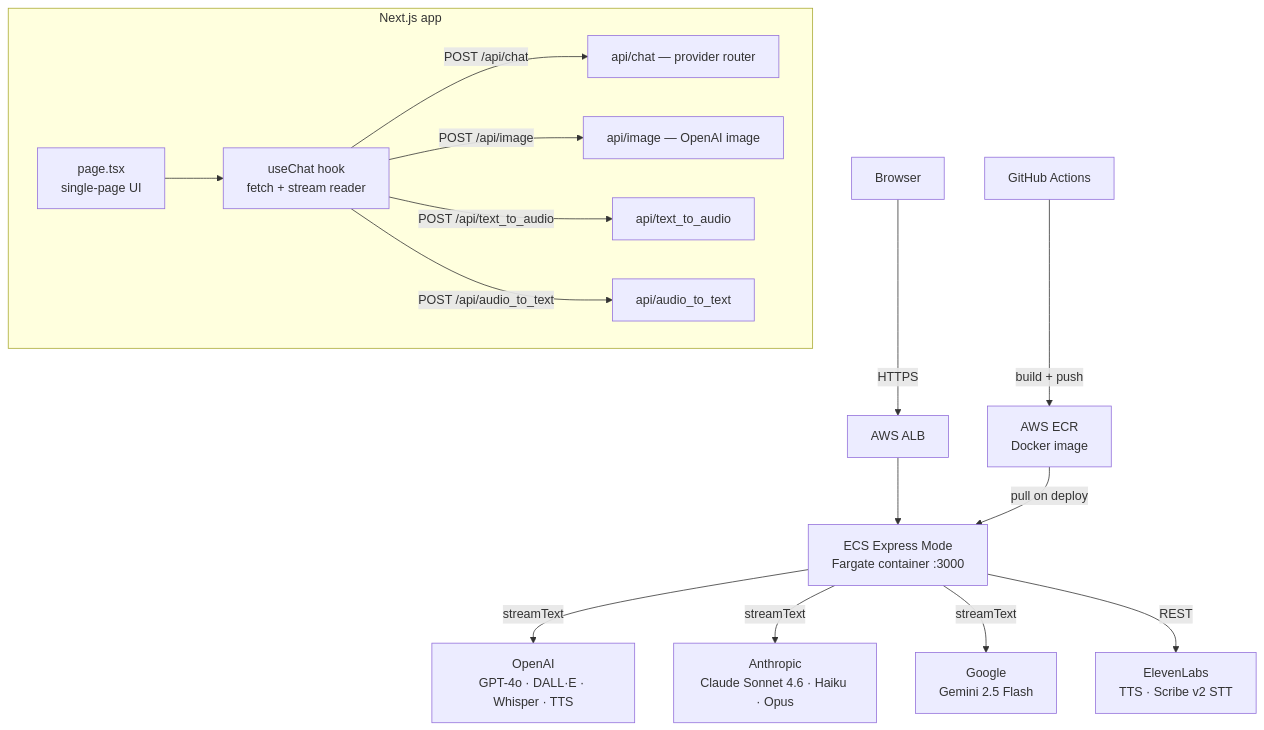
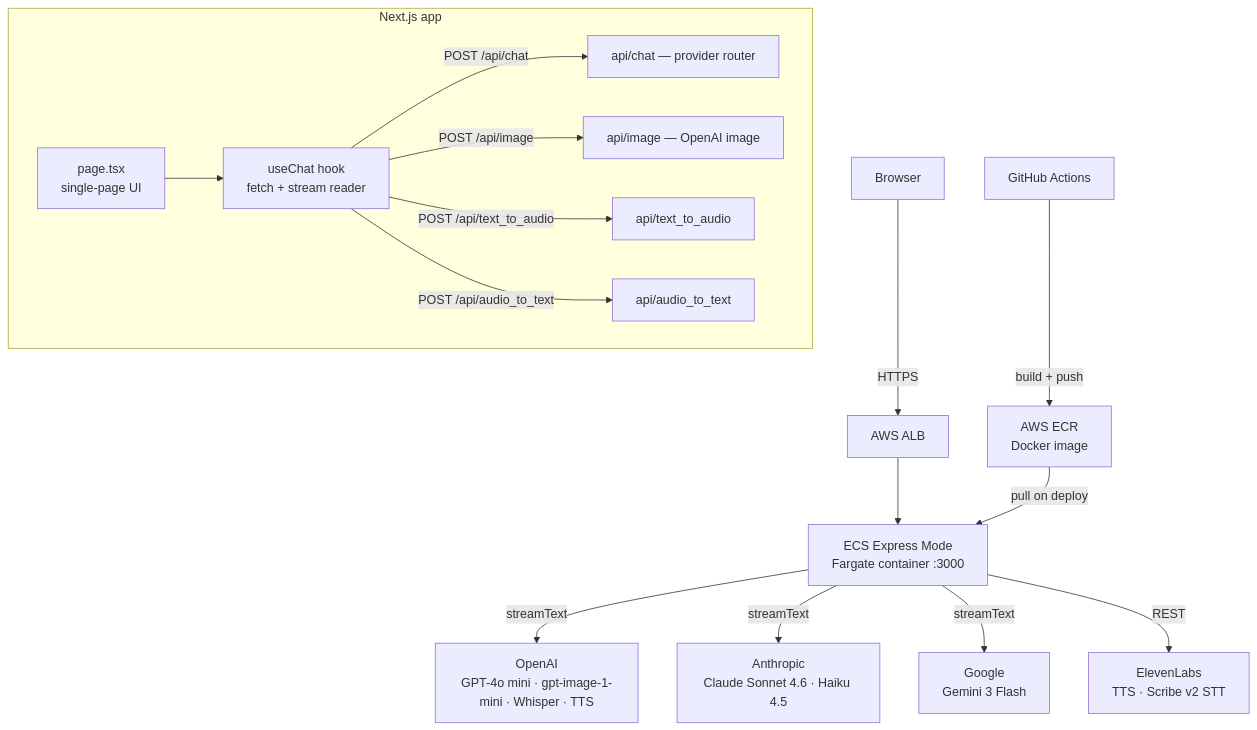
The diagram in ai_hub/README.md (diego-portillo/study-universe-project), drawn with Mermaid before and after one commit. The commit also changed other lines of this file and 8 other files, not shown here.

````diff
--- a/ai_hub/README.md
+++ b/ai_hub/README.md
@@ -25,21 +25,21 @@
 ```mermaid
 graph TD
     Browser -->|HTTPS| ALB[AWS ALB]
     ALB --> ECS[ECS Express Mode\nFargate container :3000]
 
-    ECS -->|streamText| OpenAI[OpenAI\nGPT-4o · DALL·E · Whisper · TTS]
-    ECS -->|streamText| Anthropic[Anthropic\nClaude Sonnet 4.6 · Haiku · Opus]
-    ECS -->|streamText| Google[Google\nGemini 2.5 Flash]
+    ECS -->|streamText| OpenAI[OpenAI\nGPT-4o mini · gpt-image-1-mini · Whisper · TTS]
+    ECS -->|streamText| Anthropic[Anthropic\nClaude Sonnet 4.6 · Haiku 4.5]
+    ECS -->|streamText| Google[Google\nGemini 3 Flash]
     ECS -->|REST| ElevenLabs[ElevenLabs\nTTS · Scribe v2 STT]
 
     GHA[GitHub Actions] -->|build + push| ECR[AWS ECR\nDocker image]
     ECR -->|pull on deploy| ECS
 
     subgraph "Next.js app"
         Page[page.tsx\nsingle-page UI] --> Hook[useChat hook\nfetch + stream reader]
         Hook -->|POST /api/chat| ChatRoute[api/chat — provider router]
         Hook -->|POST /api/image| ImageRoute[api/image — OpenAI image]
         Hook -->|POST /api/text_to_audio| TTSRoute[api/text_to_audio]
         Hook -->|POST /api/audio_to_text| STTRoute[api/audio_to_text]
     end
 ```
````
